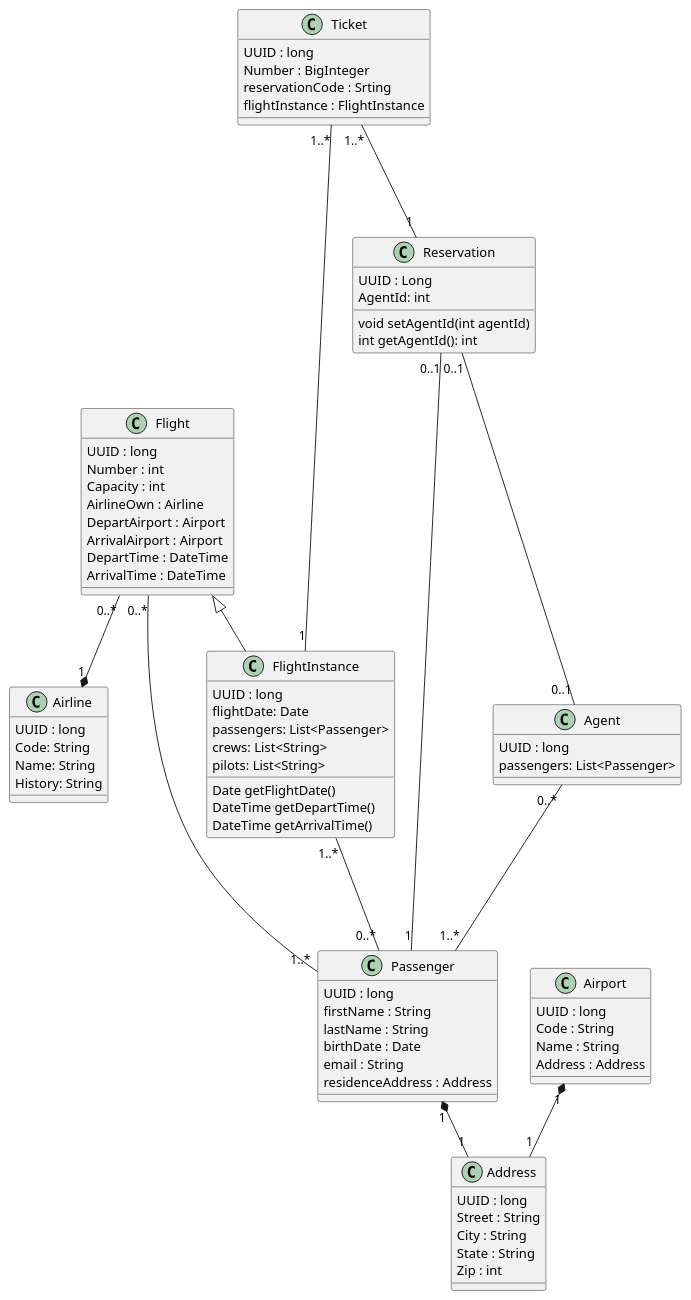
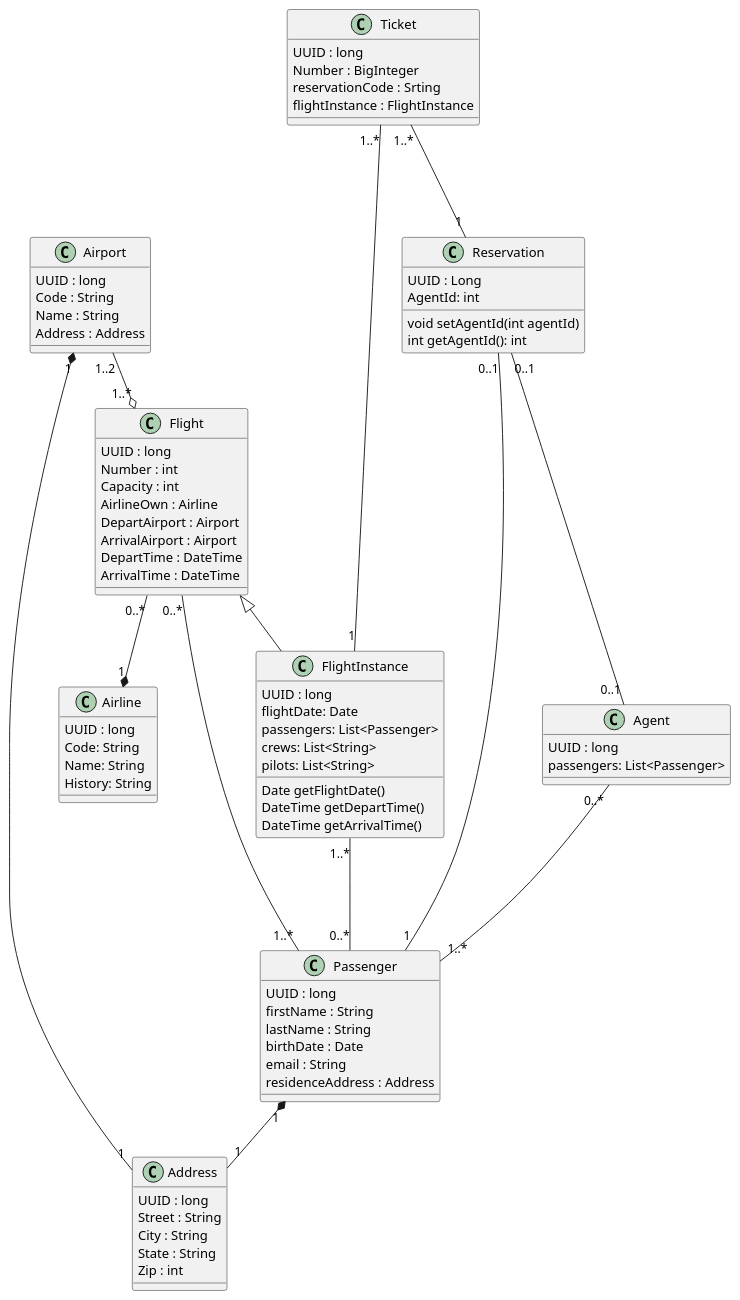
Before and after one commit to AlperenElbasan/FlightReservationSystem: the diagram in Diagrams/Uml/Project.puml, drawn with PlantUML. The commit also changed 3 other files, not shown here.

Commit message:
update uml

```diff
--- a/Diagrams/Uml/Project.puml
+++ b/Diagrams/Uml/Project.puml
@@ -1,93 +1,95 @@
 @startuml
 
 Class Airline {
     UUID : long 
     Code: String 
     Name: String
     History: String 
 }
 
 Class Airport{
     UUID : long
     Code : String
     Name : String
     Address : Address
 }
 
 Class Address{
     UUID : long
     Street : String
     City : String
     State : String
     Zip : int 
 }
 
 Class Flight{
     UUID : long
     Number : int
     Capacity : int
     AirlineOwn : Airline
     DepartAirport : Airport
     ArrivalAirport : Airport
     DepartTime : DateTime
     ArrivalTime : DateTime
 }
 
 Class FlightInstance{
     UUID : long
     flightDate: Date
     passengers: List<Passenger>
     crews: List<String>
     pilots: List<String>
     Date getFlightDate()
     DateTime getDepartTime()
     DateTime getArrivalTime()
 }
 
 '  It has an id, date, list of passengers, list of crew (flight staff), list of pilots (usually there are at least two or more)
 
 Class Passenger {
     UUID : long
     firstName : String
     lastName : String 
     birthDate : Date
     email : String
     residenceAddress : Address
 }
 
 Class Reservation {
     UUID : Long
     AgentId: int
     void setAgentId(int agentId)
     int getAgentId(): int
 }
 
 Class Agent {
     UUID : long
     passengers: List<Passenger>
 }
 
 Class Ticket {
     UUID : long
     Number : BigInteger 
     reservationCode : Srting
     flightInstance : FlightInstance
 }
 
 Airport "1" *-- "1" Address
 Flight "0..*" --* "1" Airline
 Flight ^-- FlightInstance
 Passenger "1" *-- "1" Address
 
 Reservation "0..1" --- "1" Passenger
 Flight "0..*" --- "1..*" Passenger
 Ticket "1..*" --- "1" Reservation
 
 Ticket "1..*" --- "1" FlightInstance
 
 Agent "0..*" --- "1..*" Passenger
 Reservation "0..1" --- "0..1" Agent
 
 FlightInstance "1..*" --- "0..*" Passenger
 
+Airport "1..2" --o "1..*" Flight
+
 @enduml
```
